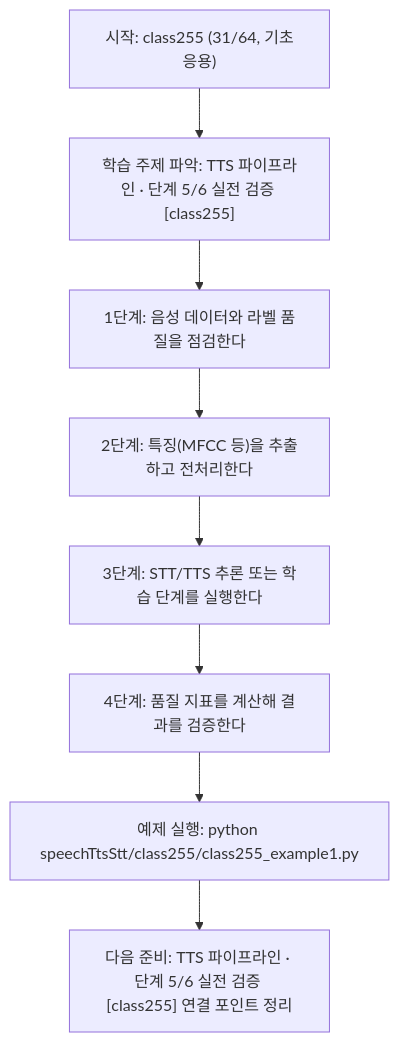
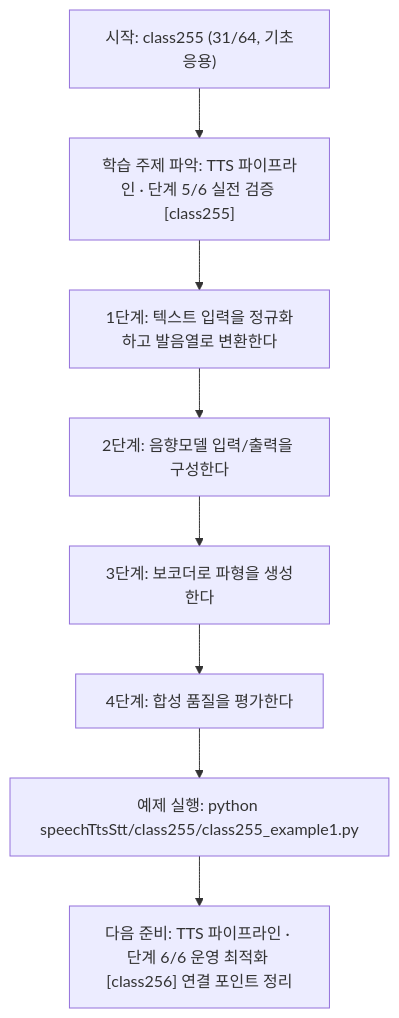
The diagram in speechTtsStt/class255/class255.md (edumgt/Python-AI_Agent-Class), drawn with Mermaid before and after one commit. The commit also changed other lines of this file and 1122 other files, not shown here.

````diff
--- a/speechTtsStt/class255/class255.md
+++ b/speechTtsStt/class255/class255.md
@@ -113,18 +95,18 @@
 ```mermaid
 flowchart TD
 N1["시작: class255 (31/64, 기초응용)"]
 N2["학습 주제 파악: TTS 파이프라인 · 단계 5/6 실전 검증 [class255]"]
-N3["1단계: 음성 데이터와 라벨 품질을 점검한다"]
-N4["2단계: 특징(MFCC 등)을 추출하고 전처리한다"]
-N5["3단계: STT/TTS 추론 또는 학습 단계를 실행한다"]
-N6["4단계: 품질 지표를 계산해 결과를 검증한다"]
+N3["1단계: 텍스트 입력을 정규화하고 발음열로 변환한다"]
+N4["2단계: 음향모델 입력/출력을 구성한다"]
+N5["3단계: 보코더로 파형을 생성한다"]
+N6["4단계: 합성 품질을 평가한다"]
 N7["예제 실행: python speechTtsStt/class255/class255_example1.py"]
-N8["다음 준비: TTS 파이프라인 · 단계 5/6 실전 검증 [class255] 연결 포인트 정리"]
+N8["다음 준비: TTS 파이프라인 · 단계 6/6 운영 최적화 [class256] 연결 포인트 정리"]
 N1 --> N2
 N2 --> N3
 N3 --> N4
 N4 --> N5
 N5 --> N6
 N6 --> N7
 N7 --> N8
 ```
````
